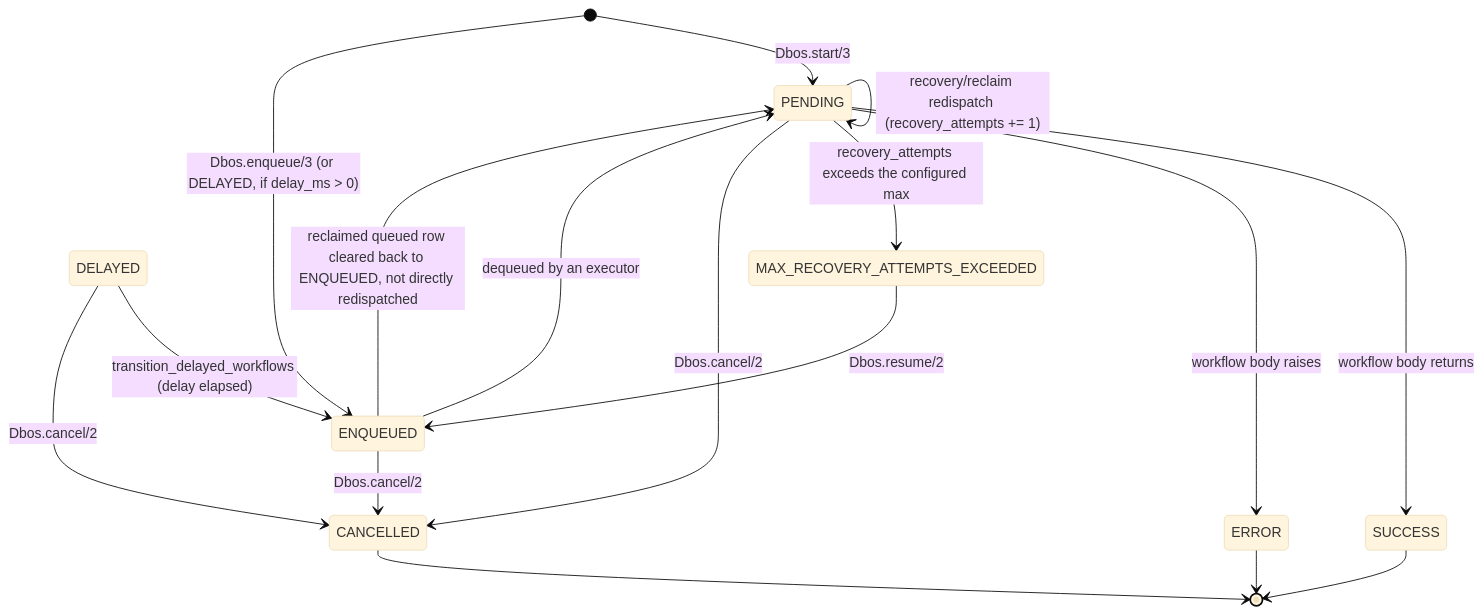
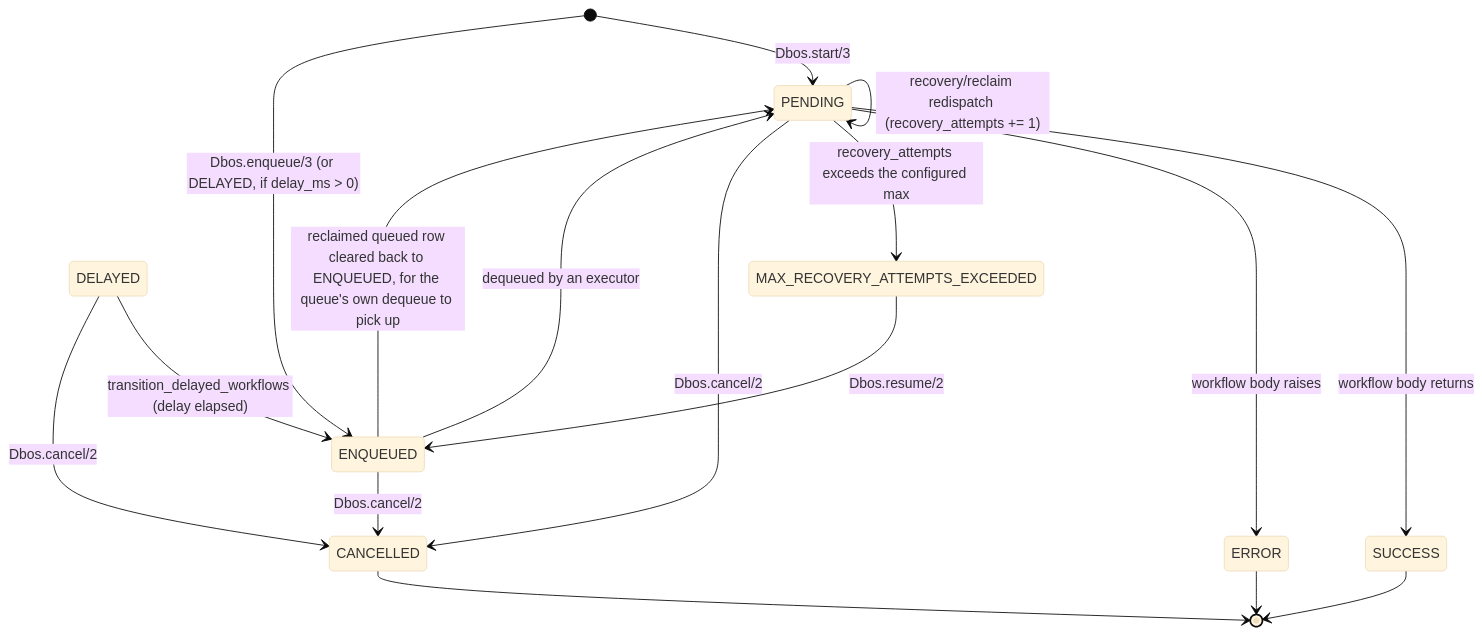
Before and after one commit to mbuhot/dbos_elixir: the second of 2 diagrams in docs/system-database.md, drawn with Mermaid (base theme). The commit also changed other lines of this file and 8 other files, not shown here.

````diff
--- a/docs/system-database.md
+++ b/docs/system-database.md
@@ -115,19 +116,19 @@
 ```mermaid
 stateDiagram-v2
     [*] --> PENDING: Dbos.start/3
     [*] --> ENQUEUED: Dbos.enqueue/3 (or DELAYED, if delay_ms > 0)
     DELAYED --> ENQUEUED: transition_delayed_workflows (delay elapsed)
     ENQUEUED --> PENDING: dequeued by an executor
     PENDING --> SUCCESS: workflow body returns
     PENDING --> ERROR: workflow body raises
     PENDING --> PENDING: recovery/reclaim redispatch (recovery_attempts += 1)
     PENDING --> MAX_RECOVERY_ATTEMPTS_EXCEEDED: recovery_attempts exceeds the configured max
-    ENQUEUED --> PENDING: reclaimed queued row cleared back to ENQUEUED, not directly redispatched
+    ENQUEUED --> PENDING: reclaimed queued row cleared back to ENQUEUED, for the queue's own dequeue to pick up
     PENDING --> CANCELLED: Dbos.cancel/2
     ENQUEUED --> CANCELLED: Dbos.cancel/2
     DELAYED --> CANCELLED: Dbos.cancel/2
     SUCCESS --> [*]
     ERROR --> [*]
     CANCELLED --> [*]
     MAX_RECOVERY_ATTEMPTS_EXCEEDED --> ENQUEUED: Dbos.resume/2
 ```
````
